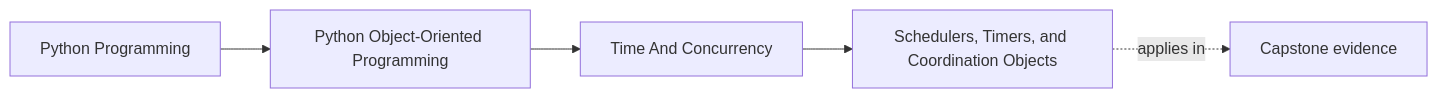
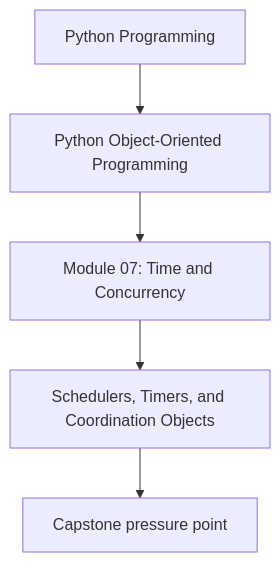
Before and after one commit to bijux/bijux-masterclass: the first of 2 diagrams in programs/python-programming/python-object-oriented-programming/course-book/module-07-time-and-concurrency/schedulers-timers-and-coordination-objects.md, drawn with Mermaid. The commit also changed other lines of this file and 107 other files, not shown here.

Commit message:
docs(python-object-oriented-programming): align concept page diagrams

````diff
--- a/programs/python-programming/python-object-oriented-programming/course-book/module-07-time-and-concurrency/schedulers-timers-and-coordination-objects.md
+++ b/programs/python-programming/python-object-oriented-programming/course-book/module-07-time-and-concurrency/schedulers-timers-and-coordination-objects.md
@@ -7,11 +7,7 @@
 ```mermaid
-graph LR
-  family["Python Programming"]
-  program["Python Object-Oriented Programming"]
-  section["Time And Concurrency"]
-  page["Schedulers, Timers, and Coordination Objects"]
-  capstone["Capstone evidence"]
-
-  family --> program --> section --> page
-  page -.applies in.-> capstone
+flowchart TD
+  family["Python Programming"] --> program["Python Object-Oriented Programming"]
+  program --> module["Module 07: Time and Concurrency"]
+  module --> concept["Schedulers, Timers, and Coordination Objects"]
+  concept --> capstone["Capstone pressure point"]
 ```
````
